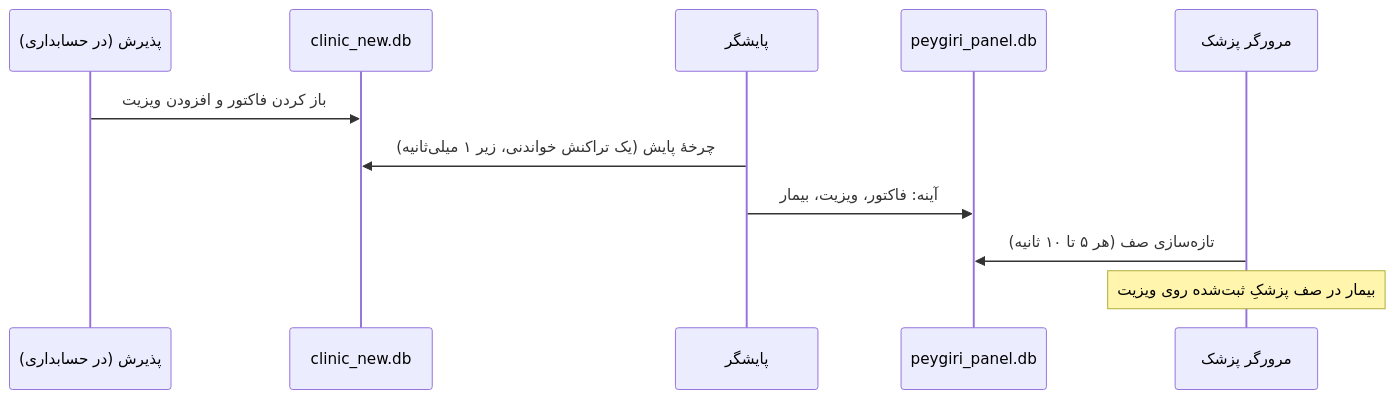
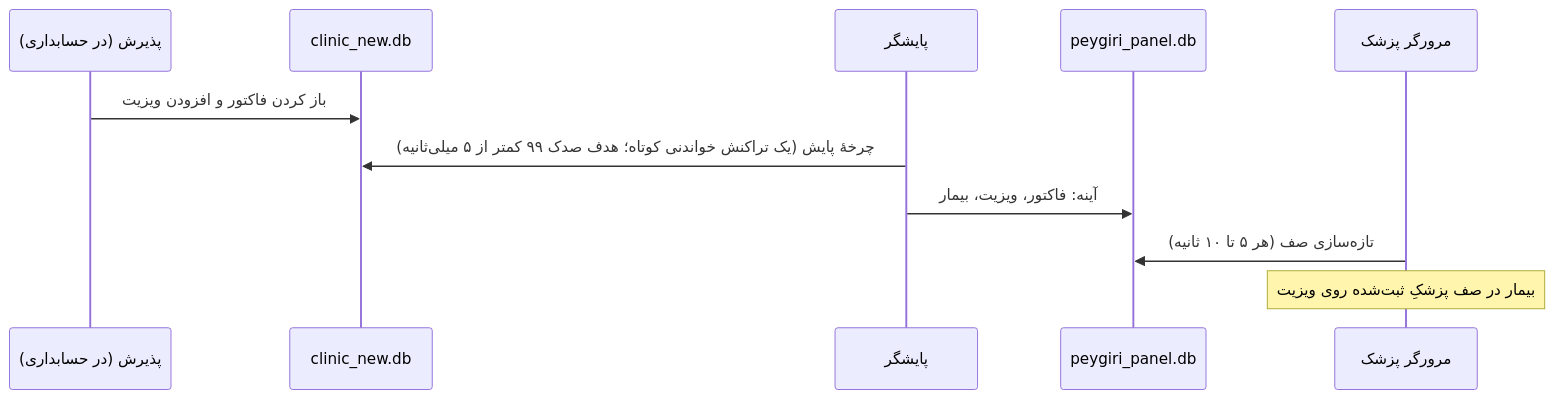
One commit to Emad211/clinic_managment changed the third of 4 diagrams in پنل پیگیری/docs/02-architecture.md. Above: the diagram before and after it, drawn with Mermaid. The commit also changed 51 other files, not shown here.

````diff
--- a/پنل پیگیری/docs/02-architecture.md
+++ b/پنل پیگیری/docs/02-architecture.md
@@ -91,13 +91,13 @@
 ```mermaid
 sequenceDiagram
   participant R as پذیرش (در حسابداری)
   participant A as clinic_new.db
   participant P as پایشگر
   participant D as peygiri_panel.db
   participant Doc as مرورگر پزشک
   R->>A: باز کردن فاکتور و افزودن ویزیت
-  P->>A: چرخهٔ پایش (یک تراکنش خواندنی، زیر ۱ میلی‌ثانیه)
+  P->>A: چرخهٔ پایش (یک تراکنش خواندنی کوتاه؛ هدف صدک ۹۹ کمتر از ۵ میلی‌ثانیه)
   P->>D: آینه: فاکتور، ویزیت، بیمار
   Doc->>D: تازه‌سازی صف (هر ۵ تا ۱۰ ثانیه)
   Note over Doc: بیمار در صف پزشکِ ثبت‌شده روی ویزیت
 ```
````
